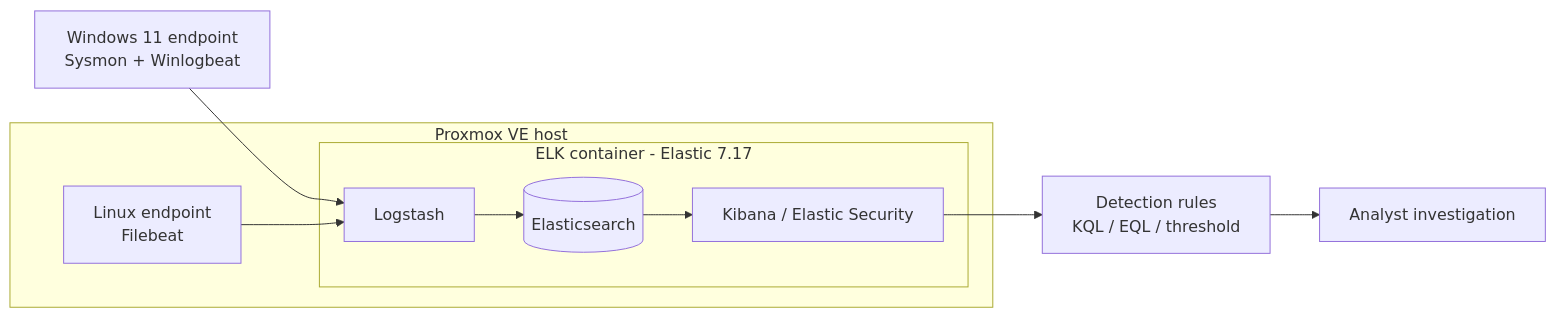
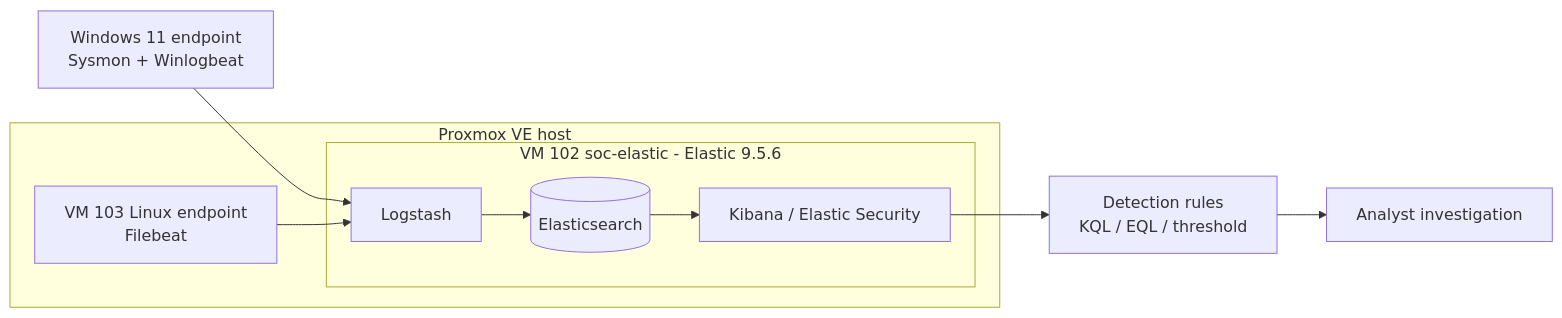
Before and after one commit to Adrin0/SOC-Detection-Engineering-KQL-EQL-and-Alert-Noise-Reduction: the diagram in README.md, drawn with Mermaid. The commit also changed other lines of this file and 23 other files, not shown here.

````diff
--- a/README.md
+++ b/README.md
@@ -58,14 +58,14 @@
 ```mermaid
 flowchart LR
     subgraph PVE["Proxmox VE host"]
-        subgraph ELK["ELK container - Elastic 7.17"]
+        subgraph ELK["VM 102 soc-elastic - Elastic 9.5.6"]
             LS["Logstash"] --> ES[("Elasticsearch")]
             ES --> KB["Kibana / Elastic Security"]
         end
-        LNX["Linux endpoint<br/>Filebeat"]
+        LNX["VM 103 Linux endpoint<br/>Filebeat"]
     end
     WIN["Windows 11 endpoint<br/>Sysmon + Winlogbeat"] --> LS
     LNX --> LS
     KB --> DR["Detection rules<br/>KQL / EQL / threshold"]
     DR --> AN["Analyst investigation"]
 ```
````
